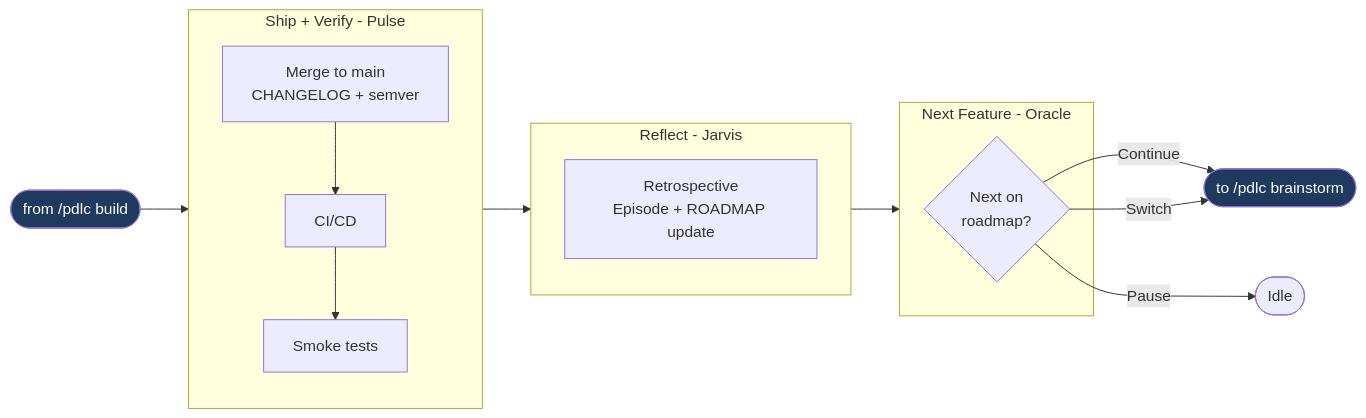
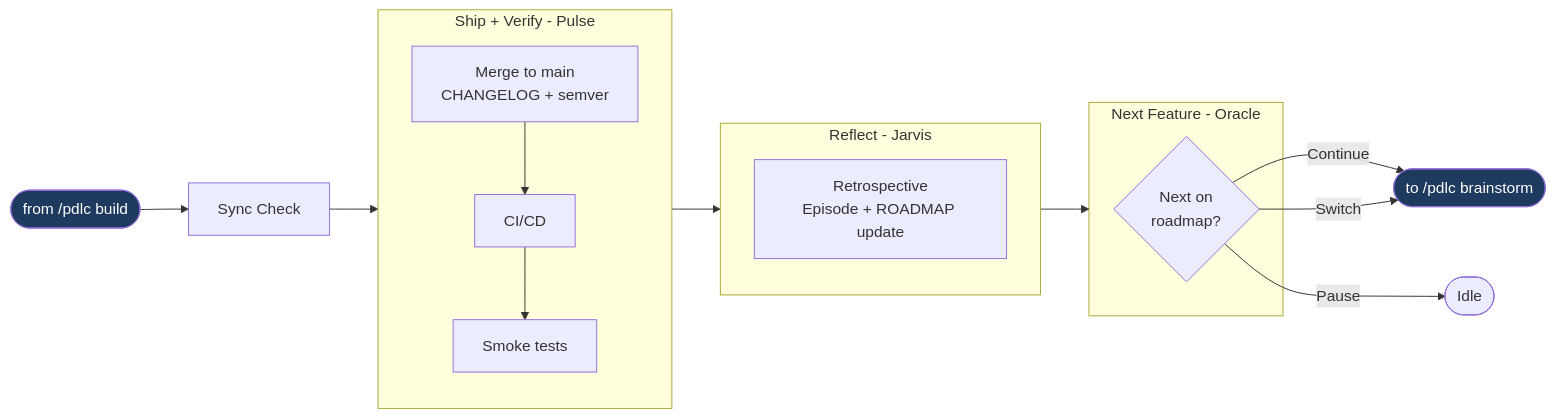
One commit to pdlc-os/pdlc changed the fourth of 4 diagrams in docs/wiki/03-phases-in-detail.md. Above: the diagram before and after it, drawn with Mermaid. The commit also changed other lines of this file and 10 other files, not shown here.

First line of the commit message:
feat: remote sync check at every phase boundary with team assessment

````diff
--- a/docs/wiki/03-phases-in-detail.md
+++ b/docs/wiki/03-phases-in-detail.md
@@ -115,19 +115,19 @@
 ```mermaid
 flowchart LR
     subgraph SHIP["Ship + Verify - Pulse"]
         MERGE[Merge to main\nCHANGELOG + semver] --> CICD[CI/CD] --> SMOKE["Smoke tests"]
     end
     subgraph REFLECT["Reflect - Jarvis"]
         RETRO[Retrospective\nEpisode + ROADMAP update]
     end
     subgraph NEXT["Next Feature - Oracle"]
         ROADMAP{Next on\nroadmap?}
     end
-    FROMBUILD(["from /pdlc build"]) --> SHIP --> REFLECT --> NEXT
+    FROMBUILD(["from /pdlc build"]) --> SYNC3["Sync Check"] --> SHIP --> REFLECT --> NEXT
     ROADMAP -->|Continue| TOBRAINSTORM(["to /pdlc brainstorm"])
     ROADMAP -->|Pause| IDLE([Idle])
     ROADMAP -->|Switch| TOBRAINSTORM
 
     style FROMBUILD fill:#1e3a5f,color:#fff
     style TOBRAINSTORM fill:#1e3a5f,color:#fff
 ```
````
